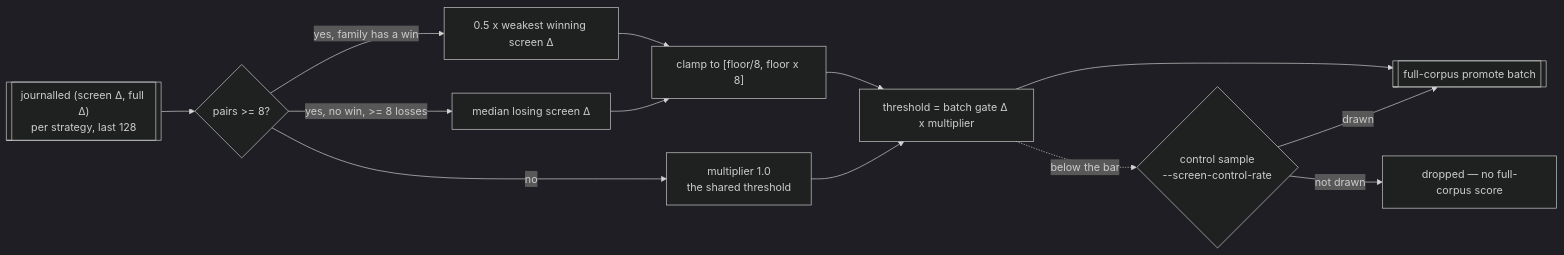
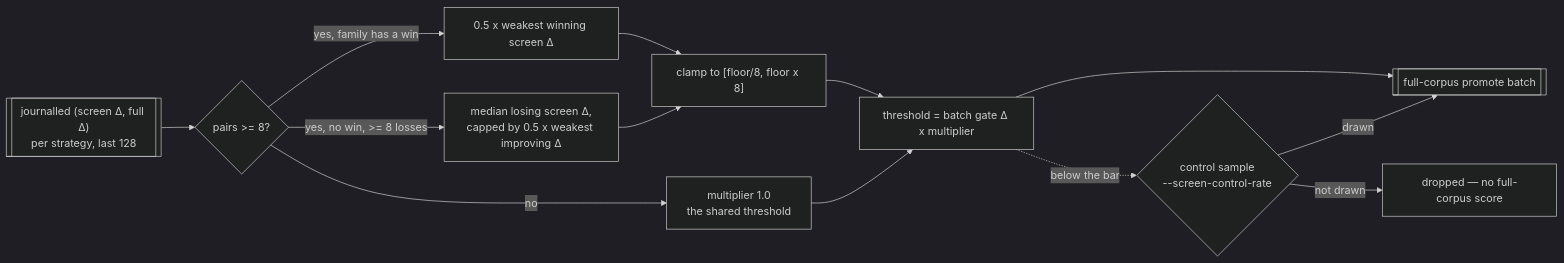
Diagram 14 of 21 in README.md (stSoftwareAU/NEAT-AI-Lamarck), drawn with Mermaid (dark theme) before and after one commit. The commit also changed other lines of this file and 7 other files, not shown here.

````diff
--- a/README.md
+++ b/README.md
@@ -1164,15 +1164,15 @@
 ```mermaid
 flowchart LR
     JOURNAL[["journalled (screen Δ, full Δ)<br/>per strategy, last 128"]] --> EVID{"pairs >= 8?"}
     EVID -->|no| SHARED["multiplier 1.0<br/>the shared threshold"]
     EVID -->|"yes, family has a win"| WIN["0.5 x weakest winning screen Δ"]
-    EVID -->|"yes, no win, >= 8 losses"| LOSS["median losing screen Δ"]
+    EVID -->|"yes, no win, >= 8 losses"| LOSS["median losing screen Δ,<br/>capped by 0.5 x weakest improving Δ"]
     WIN --> CLAMP["clamp to [floor/8, floor x 8]"]
     LOSS --> CLAMP
     CLAMP --> APPLY["threshold = batch gate Δ x multiplier"]
     SHARED --> APPLY
     APPLY --> PROMOTE[["full-corpus promote batch"]]
     APPLY -.->|"below the bar"| CONTROL{"control sample<br/>--screen-control-rate"}
     CONTROL -->|"drawn"| PROMOTE
     CONTROL -->|"not drawn"| DROP["dropped — no full-corpus score"]
 ```
````
